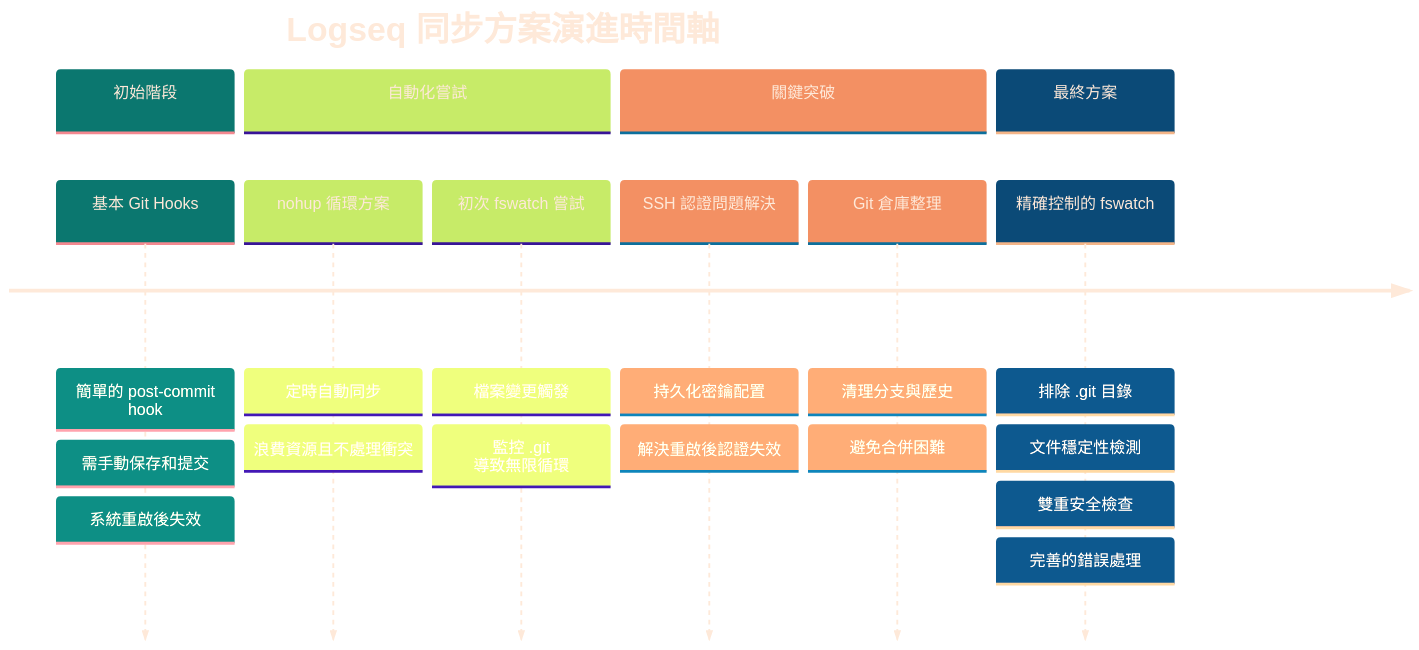
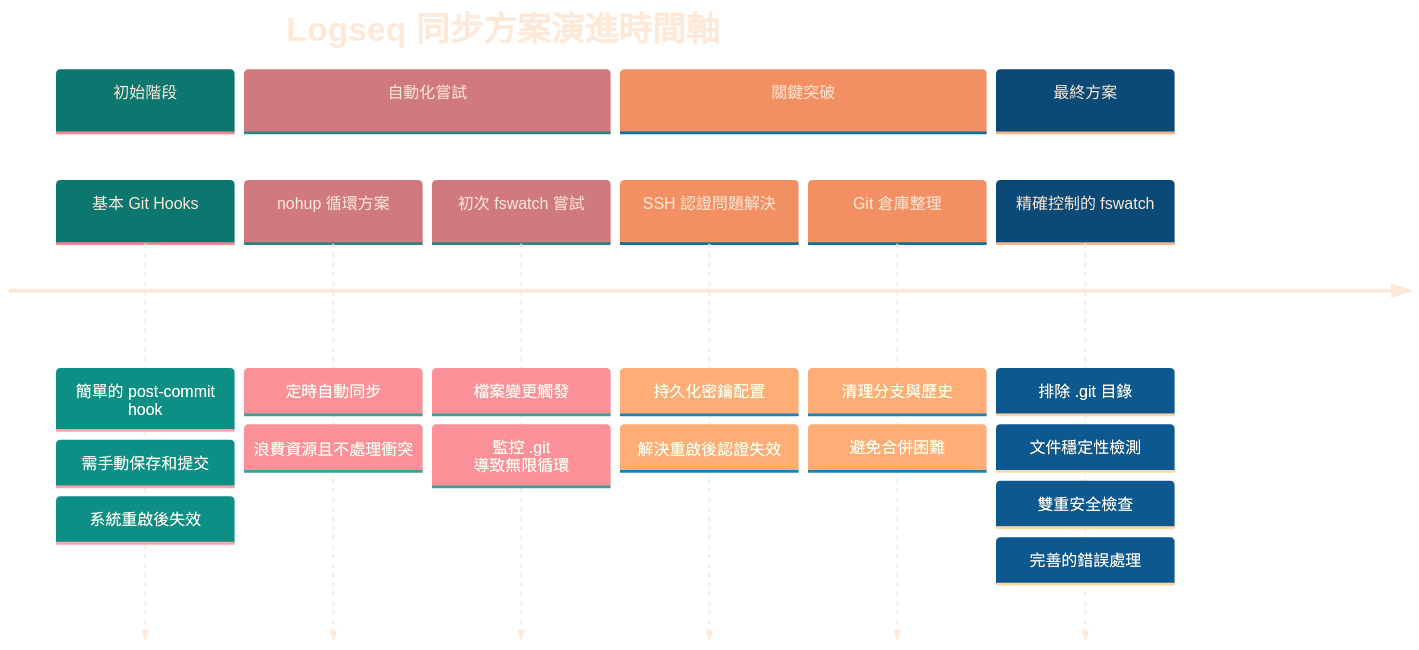
Before and after one commit to GengGeng026/Sync-Logseq: the first of 2 diagrams in Logseq同步方案演進記錄.md, drawn with Mermaid.

Commit message:
Auto-sync: Wed Mar 26 10:00:39 +08 2025

````diff
--- a/Logseq同步方案演進記錄.md
+++ b/Logseq同步方案演進記錄.md
@@ -24,38 +24,38 @@
 ```mermaid
 %%{init: {
   'theme': 'base', 
   'themeVariables': {
     'primaryTextColor': '#FEE9D9',
     'primaryColor': '#19E9D9',
-    'secondaryColor': '#F1FAD9',
+    'secondaryColor': '#F1D7D9',
     'tertiaryColor': '#FCE4D9',
     'primaryBorderColor': '#A9D9D9',
     'background': 'transparent',
     'clusterBkg': 'transparent',
     'fontFamily': 'default',
     'fontSize': '17px',
     'fontWeight': 'normal'
   }
 }}%%
 timeline
     title Logseq 同步方案演進時間軸
     section 初始階段
         基本 Git Hooks : 簡單的 post-commit hook
         : 需手動保存和提交
         : 系統重啟後失效
     section 自動化嘗試
         nohup 循環方案 : 定時自動同步
         : 浪費資源且不處理衝突
         初次 fswatch 嘗試 : 檔案變更觸發
         : 監控 .git 導致無限循環
     section 關鍵突破
         SSH 認證問題解決 : 持久化密鑰配置
         : 解決重啟後認證失效
         Git 倉庫整理 : 清理分支與歷史
         : 避免合併困難
     section 最終方案
         精確控制的 fswatch : 排除 .git 目錄
         : 文件穩定性檢測
         : 雙重安全檢查
         : 完善的錯誤處理
 ```
````
